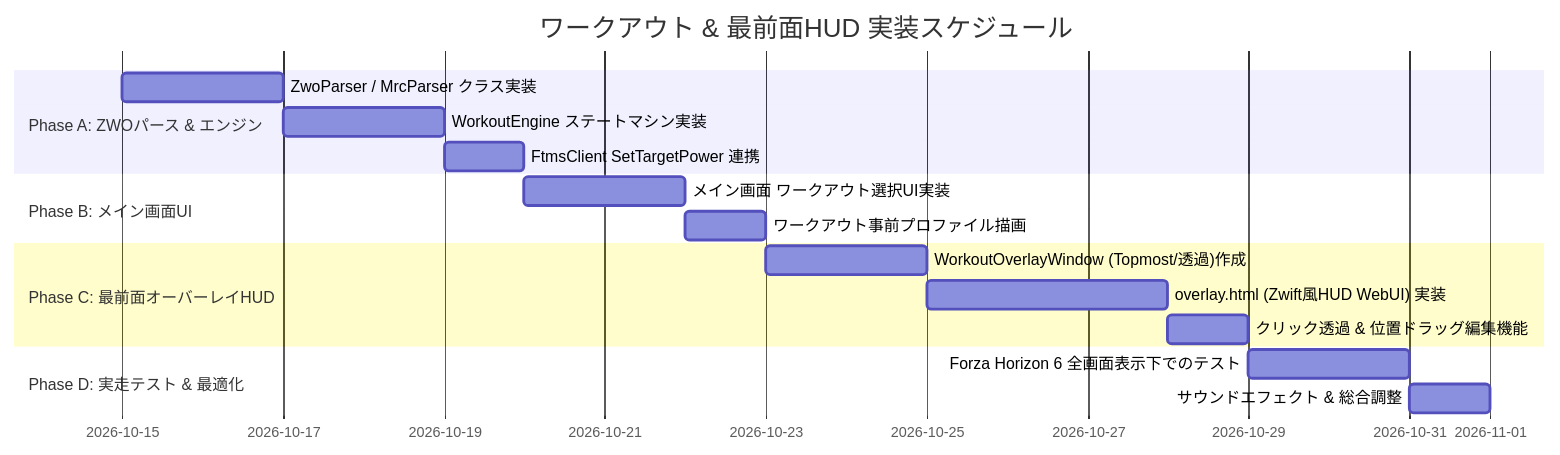
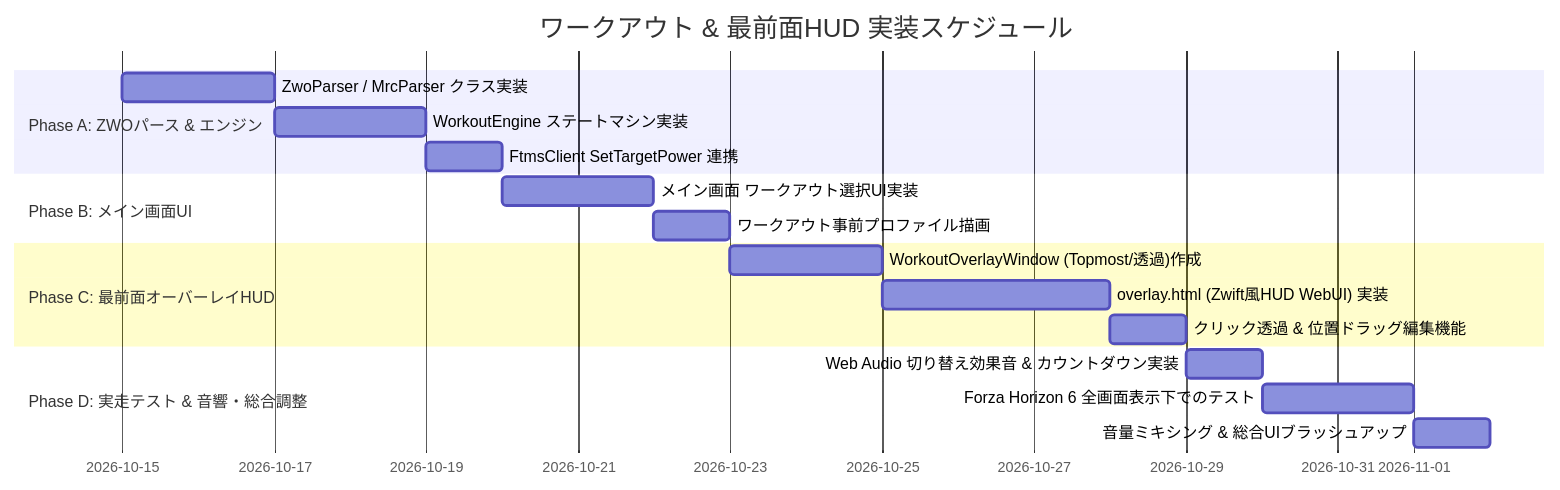
One commit to n2gate2000-git/HorizonCycling changed the third of 3 diagrams in docs/20261010-ワークアウト機能と最前面HUDオーバーレイ検討.md. Above: the diagram before and after it, drawn with Mermaid. The commit also changed other lines of this file, not shown here.

````diff
--- a/docs/20261010-ワークアウト機能と最前面HUDオーバーレイ検討.md
+++ b/docs/20261010-ワークアウト機能と最前面HUDオーバーレイ検討.md
@@ -409,19 +561,20 @@
 ```mermaid
 gantt
     title ワークアウト & 最前面HUD 実装スケジュール
     dateFormat  YYYY-MM-DD
     section Phase A: ZWOパース & エンジン
     ZwoParser / MrcParser クラス実装       :a1, 2026-10-15, 2d
     WorkoutEngine ステートマシン実装      :a2, after a1, 2d
     FtmsClient SetTargetPower 連携        :a3, after a2, 1d
     section Phase B: メイン画面UI
     メイン画面 ワークアウト選択UI実装     :b1, after a3, 2d
     ワークアウト事前プロファイル描画       :b2, after b1, 1d
     section Phase C: 最前面オーバーレイHUD
     WorkoutOverlayWindow (Topmost/透過)作成:c1, after b2, 2d
     overlay.html (Zwift風HUD WebUI) 実装   :c2, after c1, 3d
     クリック透過 & 位置ドラッグ編集機能    :c3, after c2, 1d
-    section Phase D: 実走テスト & 最適化
-    Forza Horizon 6 全画面表示下でのテスト :d1, after c3, 2d
-    サウンドエフェクト & 総合調整          :d2, after d1, 1d
+    section Phase D: 実走テスト & 音響・総合調整
+    Web Audio 切り替え効果音 & カウントダウン実装:d1, after c3, 1d
+    Forza Horizon 6 全画面表示下でのテスト :d2, after d1, 2d
+    音量ミキシング & 総合UIブラッシュアップ:d3, after d2, 1d
 ```
````
